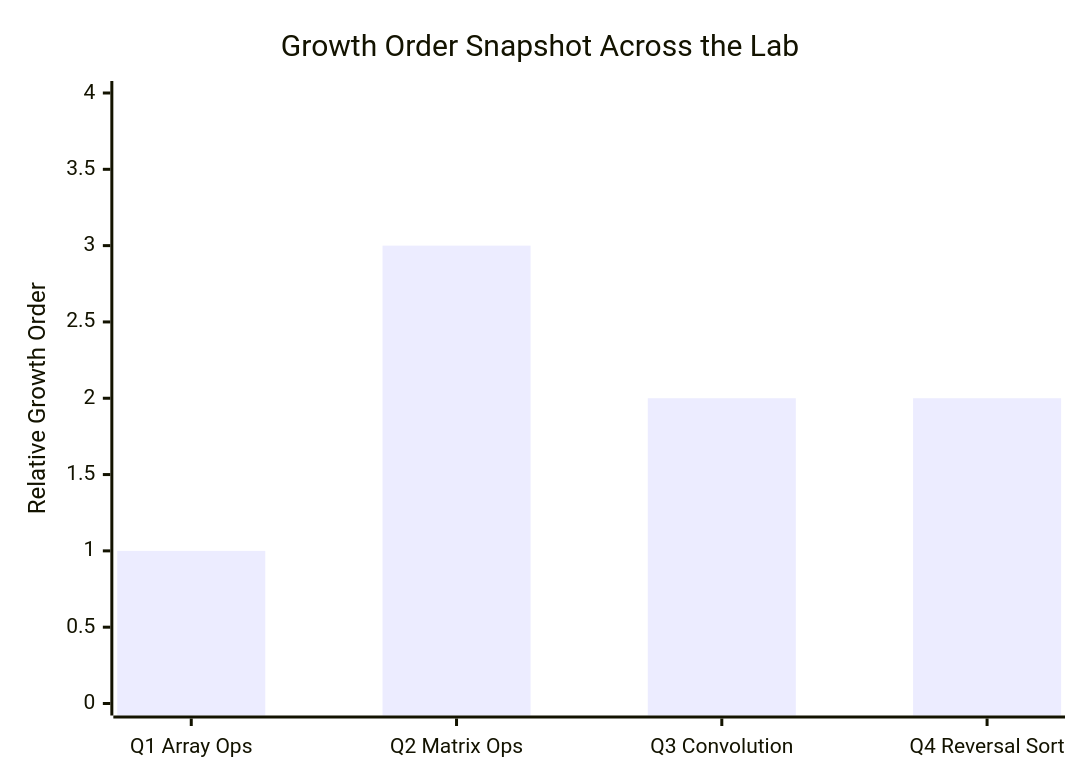
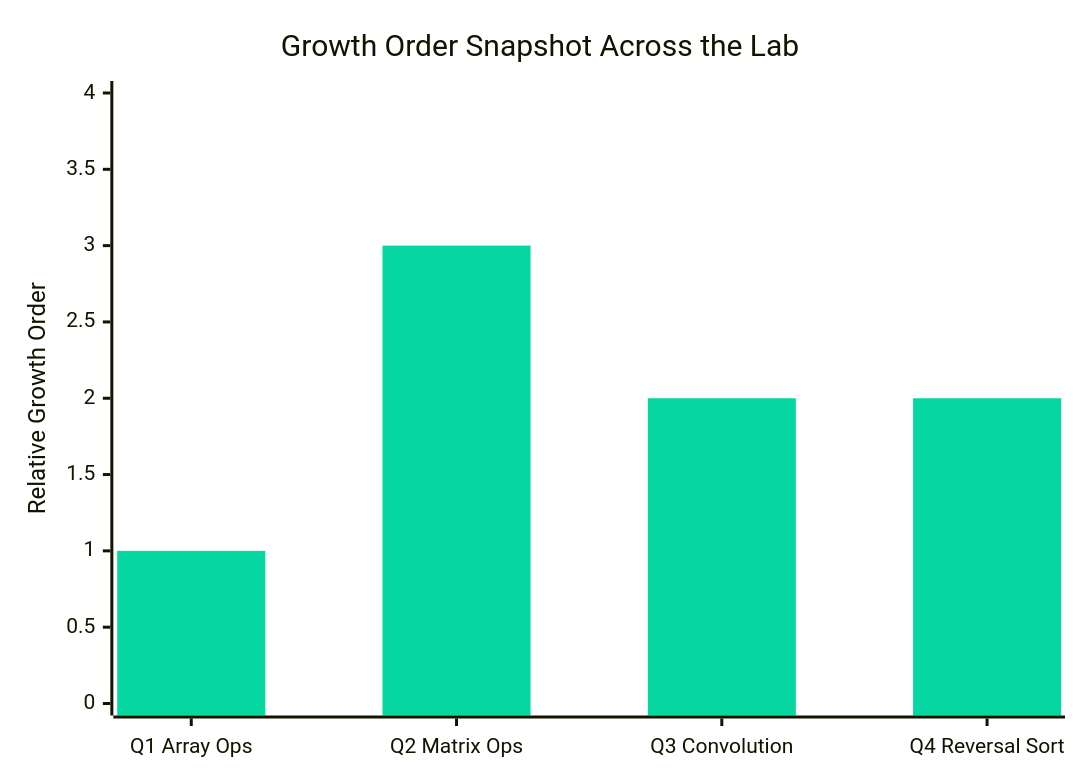
Before and after one commit to routsarthakkumar-byte/DAA-Lab: the ninth of 9 diagrams in Lab-06/README.md, drawn with Mermaid. The commit also changed other lines of this file and 1 other file, not shown here.

````diff
--- a/Lab-06/README.md
+++ b/Lab-06/README.md
@@ -229,7 +253,8 @@
 ```mermaid
+%%{init: {"themeVariables": {"xyChart": {"plotColorPalette": "#06D6A0, #FF6B6B, #FFD93D, #4D96FF"}}}}%%
 xychart-beta
     title "Growth Order Snapshot Across the Lab"
     x-axis ["Q1 Array Ops", "Q2 Matrix Ops", "Q3 Convolution", "Q4 Reversal Sort"]
     y-axis "Relative Growth Order" 0 --> 4
     bar [1, 3, 2, 2]
 ```
````
